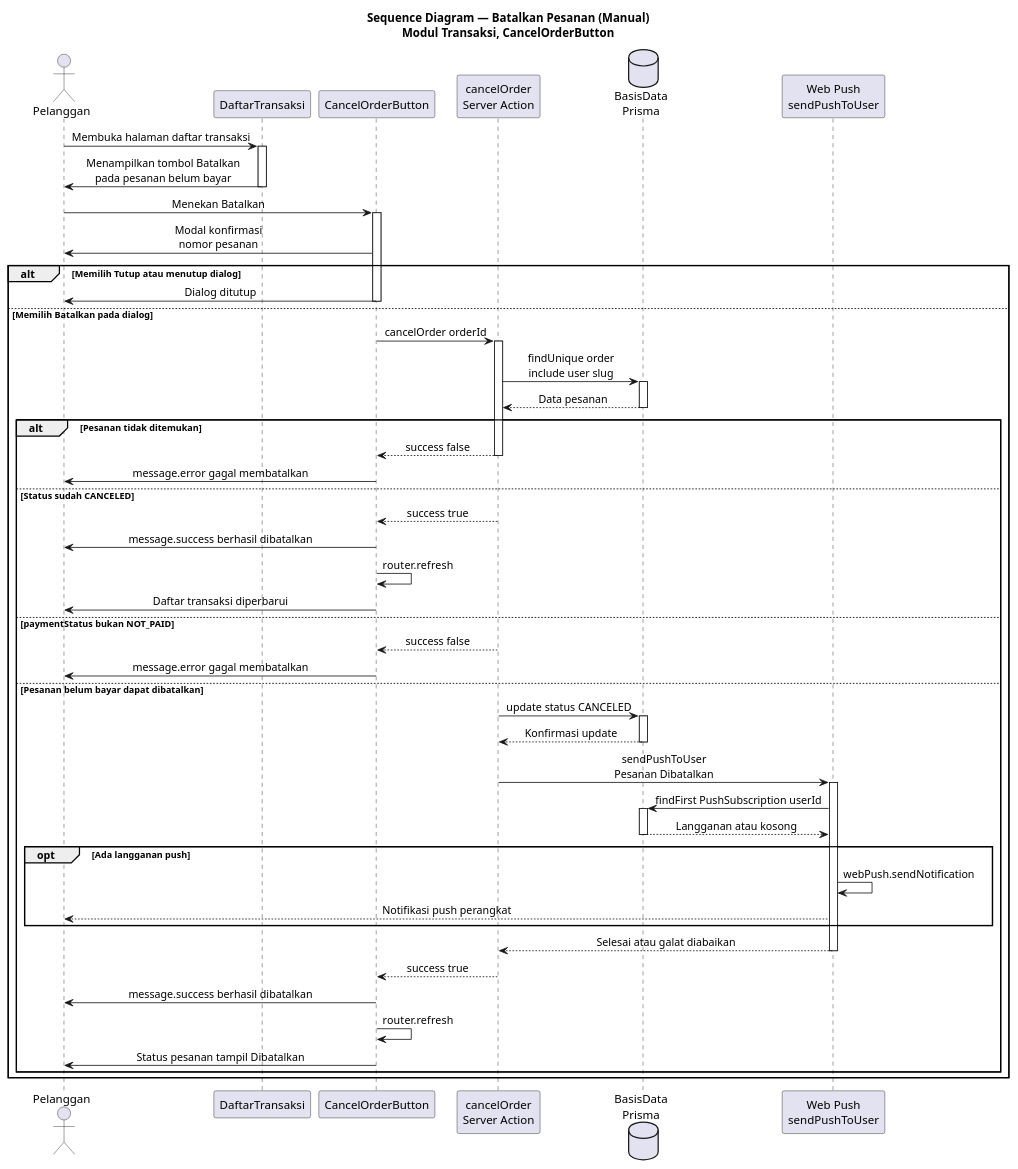
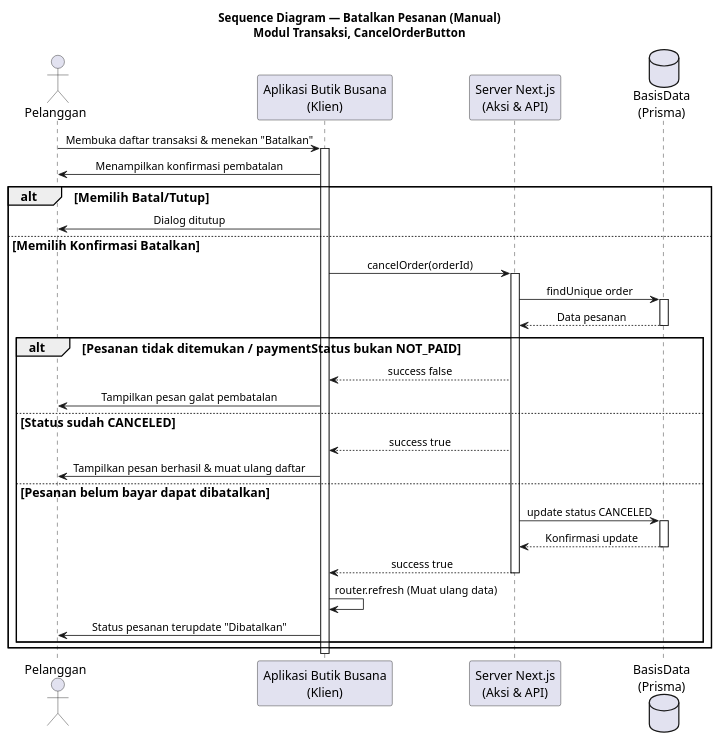
Before and after one commit to afridho-ikhsan/butik-busana: the diagram in diagrams/skripsi-batalkan-pesanan-manual-sequence.puml, drawn with PlantUML. The commit also changed 36 other files, not shown here.

Commit message:
refactor: remove push notification logic from order cancellation flows and update sequence diagrams with standardized styling

```diff
--- a/diagrams/skripsi-batalkan-pesanan-manual-sequence.puml
+++ b/diagrams/skripsi-batalkan-pesanan-manual-sequence.puml
@@ -1,80 +1,53 @@
 @startuml skripsi_batalkan_pesanan_manual_sequence
 title Sequence Diagram — Batalkan Pesanan (Manual)\nModul Transaksi, CancelOrderButton
 
 skinparam SequenceMessageAlign center
 skinparam responseMessageBelowArrow true
+skinparam ParticipantPadding 15
+skinparam BoxPadding 15
+skinparam DefaultFontSize 15
+skinparam ArrowFontSize 13
+skinparam ParticipantFontSize 15
 
 actor Pelanggan as pengguna
-participant "DaftarTransaksi" as daftar
-participant "CancelOrderButton" as tombol
-participant "cancelOrder\nServer Action" as action
-database "BasisData\nPrisma" as db
-participant "Web Push\nsendPushToUser" as push
+participant "Aplikasi Butik Busana\n(Klien)" as klien
+participant "Server Next.js\n(Aksi & API)" as server
+database "BasisData\n(Prisma)" as db
 
-pengguna -> daftar: Membuka halaman daftar transaksi
-activate daftar
-daftar -> pengguna: Menampilkan tombol Batalkan\npada pesanan belum bayar
-deactivate daftar
+pengguna -> klien: Membuka daftar transaksi & menekan "Batalkan"
+activate klien
+klien -> pengguna: Menampilkan konfirmasi pembatalan
 
-pengguna -> tombol: Menekan Batalkan
-activate tombol
-tombol -> pengguna: Modal konfirmasi\nnomor pesanan
+alt Memilih Batal/Tutup
+  klien -> pengguna: Dialog ditutup
+else Memilih Konfirmasi Batalkan
+  klien -> server: cancelOrder(orderId)
+  activate server
 
-alt Memilih Tutup atau menutup dialog
-  tombol -> pengguna: Dialog ditutup
-  deactivate tombol
-else Memilih Batalkan pada dialog
-  tombol -> action: cancelOrder orderId
-  activate action
-
-  action -> db: findUnique order\ninclude user slug
+  server -> db: findUnique order
   activate db
-  db --> action: Data pesanan
+  db --> server: Data pesanan
   deactivate db
 
-  alt Pesanan tidak ditemukan
-    action --> tombol: success false
-    deactivate action
-    tombol -> pengguna: message.error gagal membatalkan
-    deactivate tombol
+  alt Pesanan tidak ditemukan / paymentStatus bukan NOT_PAID
+    server --> klien: success false
+    klien -> pengguna: Tampilkan pesan galat pembatalan
   else Status sudah CANCELED
-    action --> tombol: success true
-    deactivate action
-    tombol -> pengguna: message.success berhasil dibatalkan
-    tombol -> tombol: router.refresh
-    tombol -> pengguna: Daftar transaksi diperbarui
-    deactivate tombol
-  else paymentStatus bukan NOT_PAID
-    action --> tombol: success false
-    deactivate action
-    tombol -> pengguna: message.error gagal membatalkan
-    deactivate tombol
+    server --> klien: success true
+    klien -> pengguna: Tampilkan pesan berhasil & muat ulang daftar
   else Pesanan belum bayar dapat dibatalkan
-    action -> db: update status CANCELED
+    server -> db: update status CANCELED
     activate db
-    db --> action: Konfirmasi update
+    db --> server: Konfirmasi update
     deactivate db
 
-    action -> push: sendPushToUser\nPesanan Dibatalkan
-    activate push
-    push -> db: findFirst PushSubscription userId
-    activate db
-    db --> push: Langganan atau kosong
-    deactivate db
-    opt Ada langganan push
-      push -> push: webPush.sendNotification
-      push --> pengguna: Notifikasi push perangkat
-    end
-    push --> action: Selesai atau galat diabaikan
-    deactivate push
-
-    action --> tombol: success true
-    deactivate action
-    tombol -> pengguna: message.success berhasil dibatalkan
-    tombol -> tombol: router.refresh
-    tombol -> pengguna: Status pesanan tampil Dibatalkan
-    deactivate tombol
+    server --> klien: success true
+    deactivate server
+    klien -> klien: router.refresh (Muat ulang data)
+    klien -> pengguna: Status pesanan terupdate "Dibatalkan"
   end
 end
 
+deactivate klien
+
 @enduml
```
